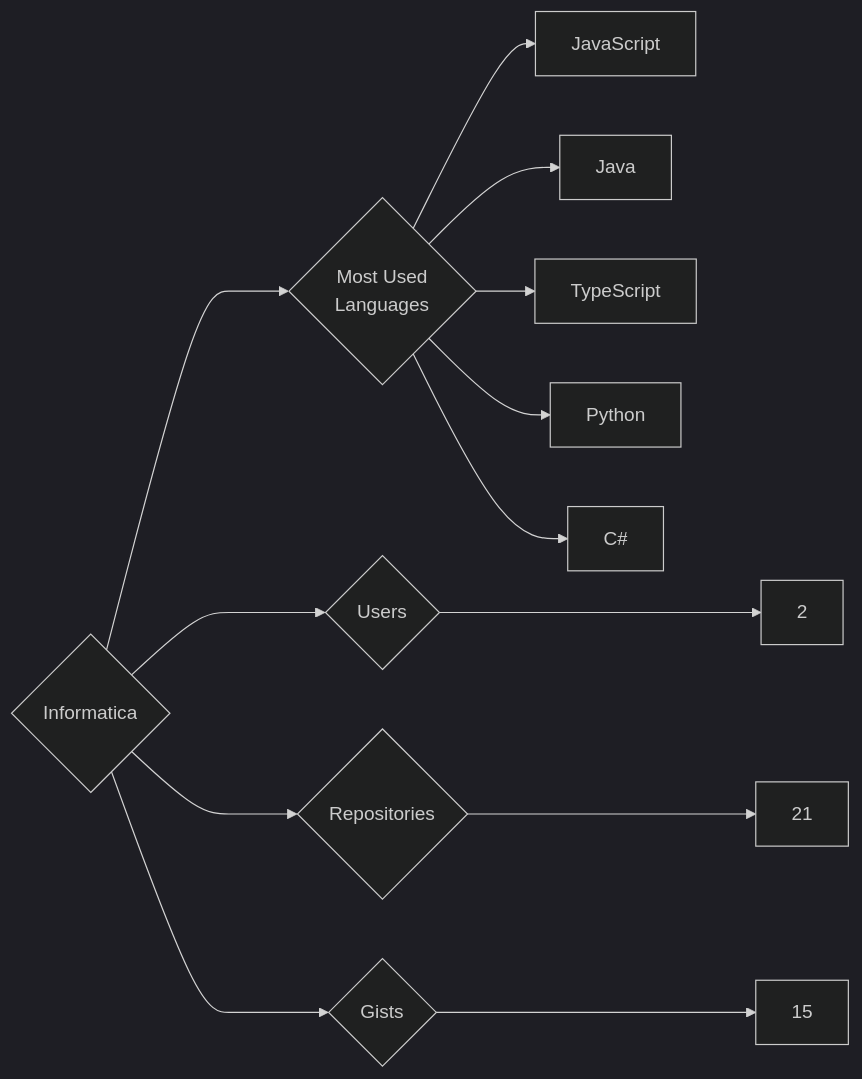
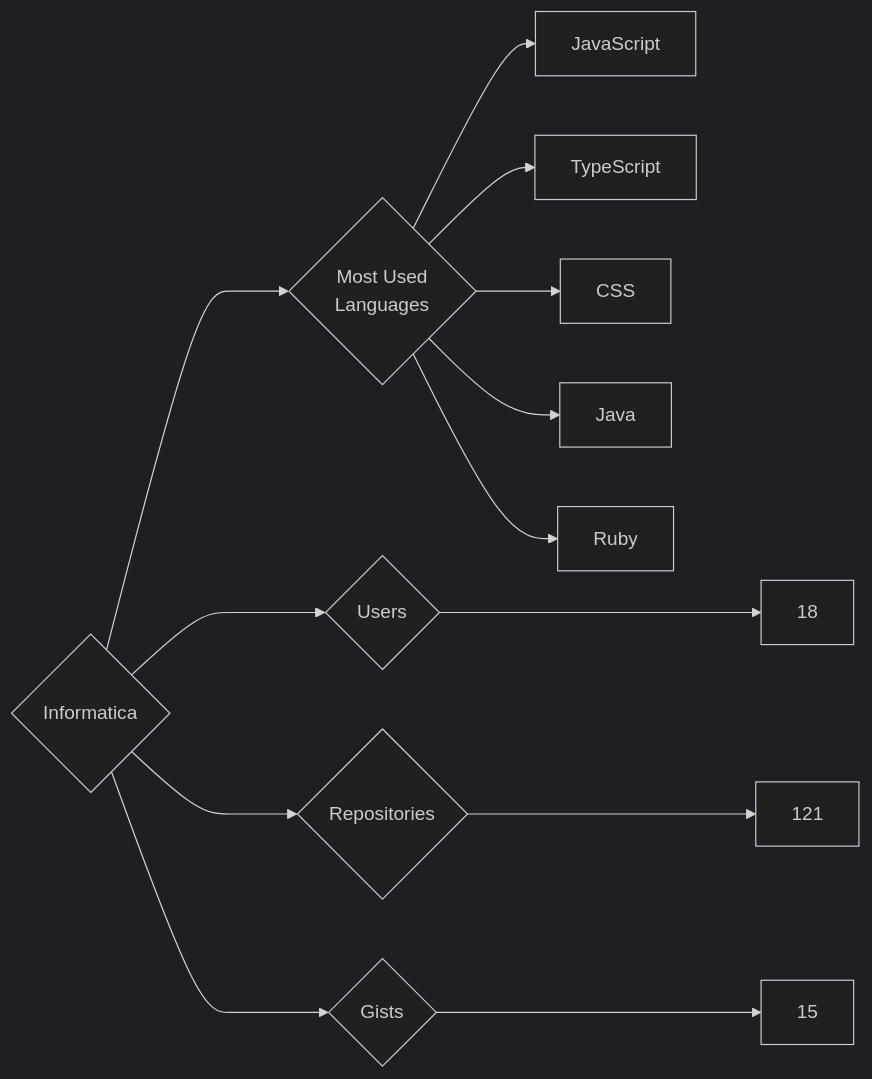
Before and after one commit to trickest/insiders: the diagram in targets/Informatica/README.md, drawn with Mermaid (dark theme). The commit also changed 1314 other files, not shown here.

````diff
--- a/targets/Informatica/README.md
+++ b/targets/Informatica/README.md
@@ -3,13 +3,13 @@
 ```mermaid
 graph LR
 COMPANY_NAME{Informatica}
-COMPANY_NAME ---> U{Users} ---> UN[2]
-COMPANY_NAME ---> R{Repositories} ---> RN[21]
+COMPANY_NAME ---> U{Users} ---> UN[18]
+COMPANY_NAME ---> R{Repositories} ---> RN[121]
 COMPANY_NAME ---> G{Gists} ---> GN[15]
 COMPANY_NAME ---> ML{Most Used<br>Languages}
 ML --> JavaScript[JavaScript]
+ML --> TypeScript[TypeScript]
+ML --> CSS[CSS]
 ML --> Java[Java]
-ML --> TypeScript[TypeScript]
-ML --> Python[Python]
-ML --> C#[C#]
+ML --> Ruby[Ruby]
 ```
````
